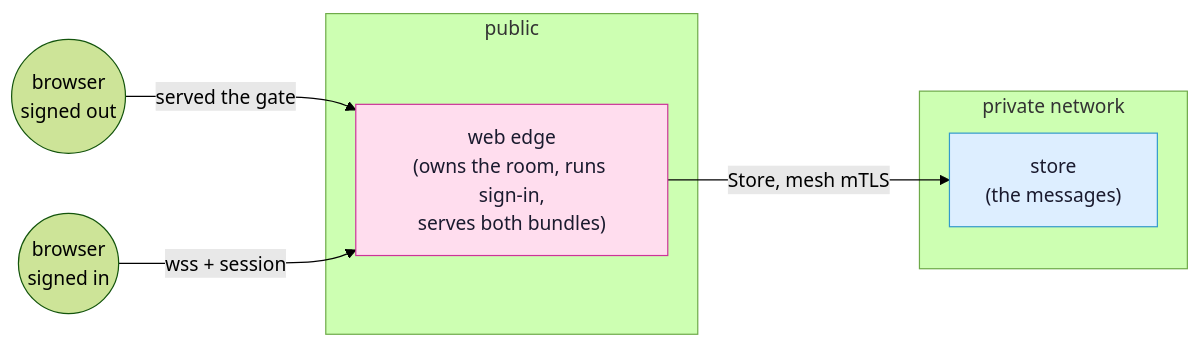
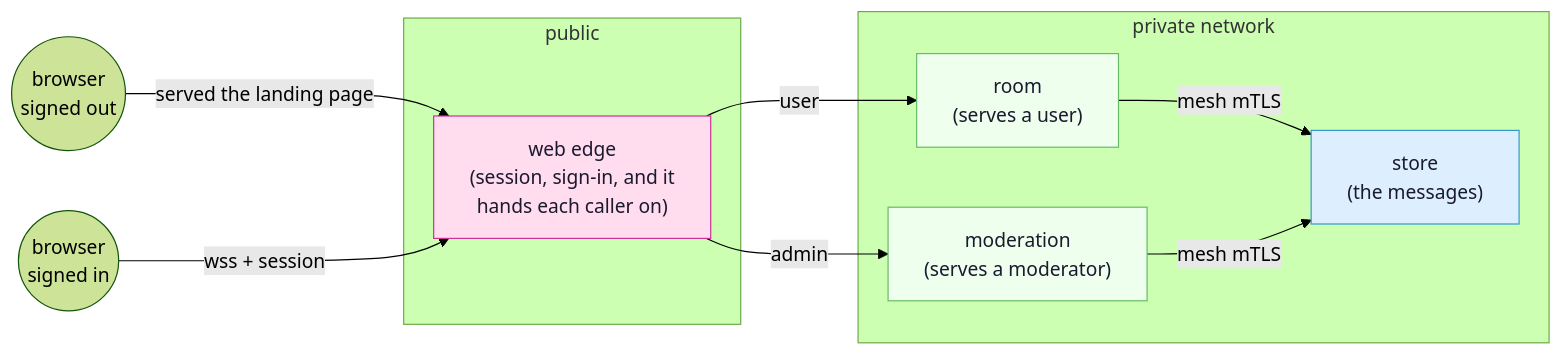
One commit to Kidev/SynQt changed the diagram in docs/tutorial-chat.md. Above: the diagram before and after it, drawn with Mermaid (forest theme). The commit also changed other lines of this file and 18 other files, not shown here.

Commit message:
Turn the chat into a room with a landing page and a moderator's own binary

````diff
--- a/docs/tutorial-chat.md
+++ b/docs/tutorial-chat.md
@@ -19,16 +23,23 @@
 ```mermaid
 flowchart LR
   visitor(("browser<br/>signed out"))
   reader(("browser<br/>signed in"))
-  visitor -->|"served the gate"| web
+  visitor -->|"served the landing page"| web
   reader -->|"wss + session"| web
   subgraph public
-    web["<span style='color:#1a1a2e'>web edge<br/>(owns the room, runs sign-in,<br/>serves both bundles)</span>"]
+    web["<span style='color:#1a1a2e'>web edge<br/>(session, sign-in, and it<br/>hands each caller on)</span>"]
   end
   subgraph private["private network"]
+    room["<span style='color:#1a1a2e'>room<br/>(serves a user)</span>"]
+    mod["<span style='color:#1a1a2e'>moderation<br/>(serves a moderator)</span>"]
     db["<span style='color:#1a1a2e'>store<br/>(the messages)</span>"]
   end
-  web -->|"Store, mesh mTLS"| db
+  web -->|"user"| room
+  web -->|"admin"| mod
+  room -->|"mesh mTLS"| db
+  mod -->|"mesh mTLS"| db
   style web fill:#fde,stroke:#c39,color:#1a1a2e
+  style room fill:#efe,stroke:#6b6,color:#1a1a2e
+  style mod fill:#efe,stroke:#6b6,color:#1a1a2e
   style db fill:#def,stroke:#39c,color:#1a1a2e
 ```
````
